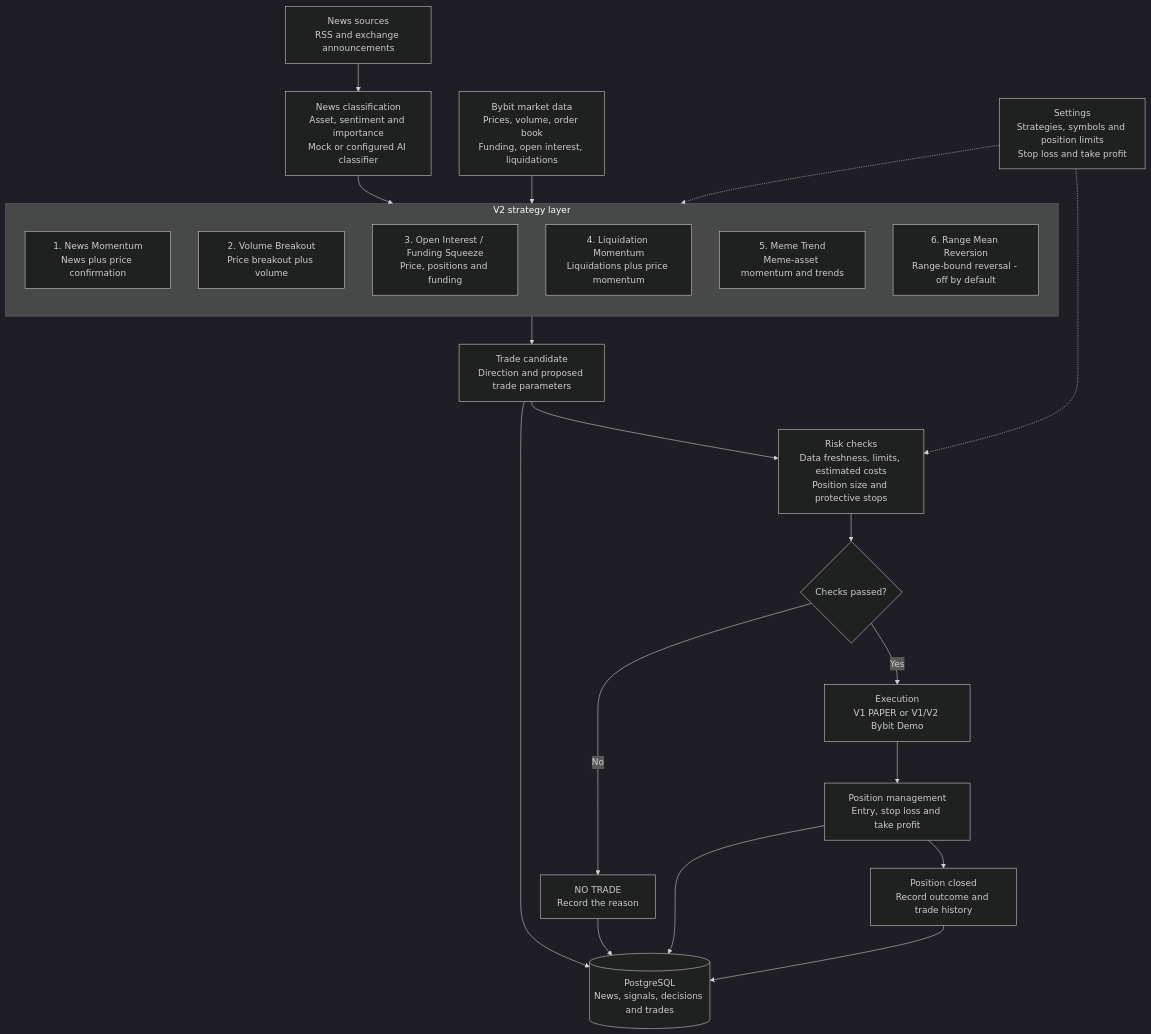
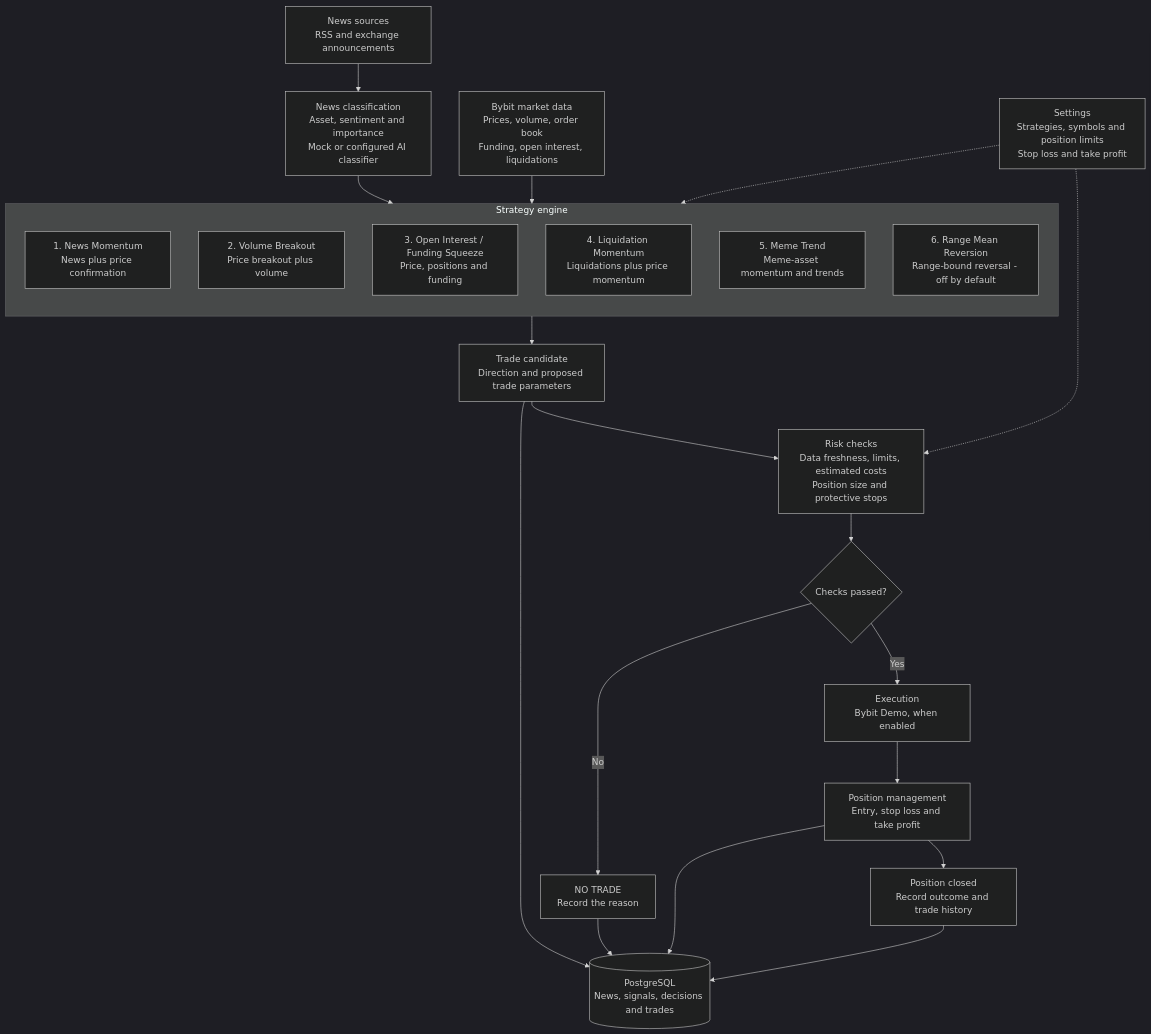
One commit to dorovladcodex/bybot_pub changed the diagram in README.md. Above: the diagram before and after it, drawn with Mermaid (dark theme). The commit also changed other lines of this file, not shown here.

Commit message:
Simplify strategy architecture overview

````diff
--- a/README.md
+++ b/README.md
@@ -16,36 +16,36 @@
 ```mermaid
 flowchart TD
     Settings["Settings<br/>Strategies, symbols and position limits<br/>Stop loss and take profit"]
     News["News sources<br/>RSS and exchange announcements"]
     Market["Bybit market data<br/>Prices, volume, order book<br/>Funding, open interest, liquidations"]
     Classifier["News classification<br/>Asset, sentiment and importance<br/>Mock or configured AI classifier"]
 
     News --> Classifier
     Classifier --> NewsMomentum
     Market --> Strategies
     Settings -.-> Strategies
 
-    subgraph Strategies["V2 strategy layer"]
+    subgraph Strategies["Strategy engine"]
         direction TB
         NewsMomentum["1. News Momentum<br/>News plus price confirmation"]
         Volume["2. Volume Breakout<br/>Price breakout plus volume"]
         Funding["3. Open Interest / Funding Squeeze<br/>Price, positions and funding"]
         Liquidation["4. Liquidation Momentum<br/>Liquidations plus price momentum"]
         Meme["5. Meme Trend<br/>Meme-asset momentum and trends"]
         Range["6. Range Mean Reversion<br/>Range-bound reversal - off by default"]
     end
 
     Strategies --> Candidate["Trade candidate<br/>Direction and proposed trade parameters"]
     Candidate --> Risk["Risk checks<br/>Data freshness, limits, estimated costs<br/>Position size and protective stops"]
     Settings -.-> Risk
     Risk --> Decision{"Checks passed?"}
     Decision -->|"No"| NoTrade["NO TRADE<br/>Record the reason"]
-    Decision -->|"Yes"| Execute["Execution<br/>V1 PAPER or V1/V2 Bybit Demo"]
+    Decision -->|"Yes"| Execute["Execution<br/>Bybit Demo, when enabled"]
     Execute --> Position["Position management<br/>Entry, stop loss and take profit"]
     Position --> Close["Position closed<br/>Record outcome and trade history"]
 
     Candidate --> Database[("PostgreSQL<br/>News, signals, decisions and trades")]
     NoTrade --> Database
     Position --> Database
     Close --> Database
 ```
````
